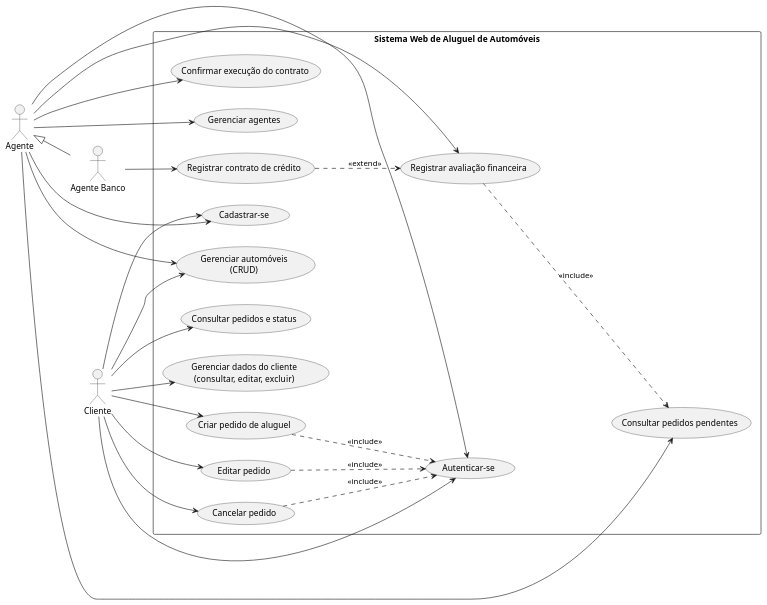
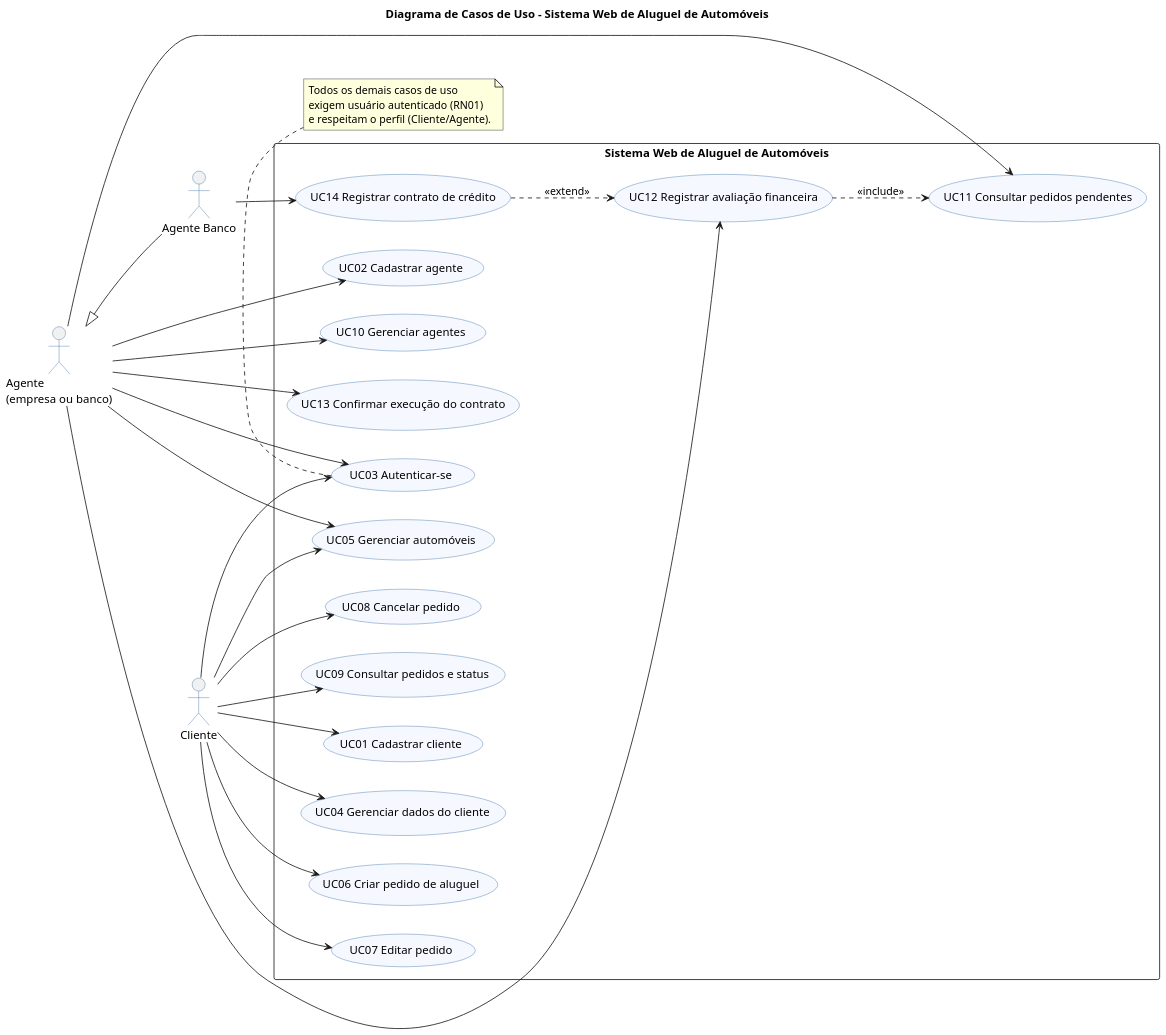
One commit to annaluizapsilva-03/Aluguel-automoveis changed the diagram in docs/diagramas/casos-de-uso.puml. Above: the diagram before and after it, drawn with PlantUML. The commit also changed 22 other files, not shown here.

```diff
--- a/docs/diagramas/casos-de-uso.puml
+++ b/docs/diagramas/casos-de-uso.puml
@@ -1,48 +1,61 @@
 @startuml casos-de-uso
+title Diagrama de Casos de Uso - Sistema Web de Aluguel de Automóveis
 left to right direction
+skinparam shadowing false
+skinparam dpi 130
 skinparam packageStyle rectangle
-actor Cliente
-actor Agente
-actor "Agente Banco" as Banco
-Agente <|-- Banco
+skinparam usecase {
+  BackgroundColor #F5F9FF
+  BorderColor #3A6EA5
+}
+skinparam actorBorderColor #3A6EA5
+
+actor Cliente as CLI
+actor "Agente\n(empresa ou banco)" as AGE
+actor "Agente Banco" as BAN
+AGE <|-- BAN
 
 rectangle "Sistema Web de Aluguel de Automóveis" {
-  usecase "Cadastrar-se" as UC01
-  usecase "Autenticar-se" as UC02
-  usecase "Gerenciar dados do cliente\n(consultar, editar, excluir)" as UC03
-  usecase "Gerenciar automóveis\n(CRUD)" as UC04
-  usecase "Criar pedido de aluguel" as UC05
-  usecase "Editar pedido" as UC06
-  usecase "Cancelar pedido" as UC07
-  usecase "Consultar pedidos e status" as UC08
-  usecase "Consultar pedidos pendentes" as UC09
-  usecase "Registrar avaliação financeira" as UC10
-  usecase "Confirmar execução do contrato" as UC11
-  usecase "Registrar contrato de crédito" as UC12
-  usecase "Gerenciar agentes" as UC13
+  usecase "UC01 Cadastrar cliente" as UC01
+  usecase "UC02 Cadastrar agente" as UC02
+  usecase "UC03 Autenticar-se" as UC03
+  usecase "UC04 Gerenciar dados do cliente" as UC04
+  usecase "UC05 Gerenciar automóveis" as UC05
+  usecase "UC06 Criar pedido de aluguel" as UC06
+  usecase "UC07 Editar pedido" as UC07
+  usecase "UC08 Cancelar pedido" as UC08
+  usecase "UC09 Consultar pedidos e status" as UC09
+  usecase "UC10 Gerenciar agentes" as UC10
+  usecase "UC11 Consultar pedidos pendentes" as UC11
+  usecase "UC12 Registrar avaliação financeira" as UC12
+  usecase "UC13 Confirmar execução do contrato" as UC13
+  usecase "UC14 Registrar contrato de crédito" as UC14
 }
 
-Cliente --> UC01
-Cliente --> UC02
-Cliente --> UC03
-Cliente --> UC04
-Cliente --> UC05
-Cliente --> UC06
-Cliente --> UC07
-Cliente --> UC08
+CLI --> UC01
+CLI --> UC03
+CLI --> UC04
+CLI --> UC05
+CLI --> UC06
+CLI --> UC07
+CLI --> UC08
+CLI --> UC09
 
-Agente --> UC01
-Agente --> UC02
-Agente --> UC04
-Agente --> UC09
-Agente --> UC10
-Agente --> UC11
-Agente --> UC13
-Banco --> UC12
+AGE --> UC02
+AGE --> UC03
+AGE --> UC05
+AGE --> UC10
+AGE --> UC11
+AGE --> UC12
+AGE --> UC13
+BAN --> UC14
 
-UC05 ..> UC02 : <<include>>
-UC06 ..> UC02 : <<include>>
-UC07 ..> UC02 : <<include>>
-UC10 ..> UC09 : <<include>>
-UC12 ..> UC10 : <<extend>>
+UC12 ..> UC11 : <<include>>
+UC14 ..> UC12 : <<extend>>
+
+note bottom of UC03
+  Todos os demais casos de uso
+  exigem usuário autenticado (RN01)
+  e respeitam o perfil (Cliente/Agente).
+end note
 @enduml
```
